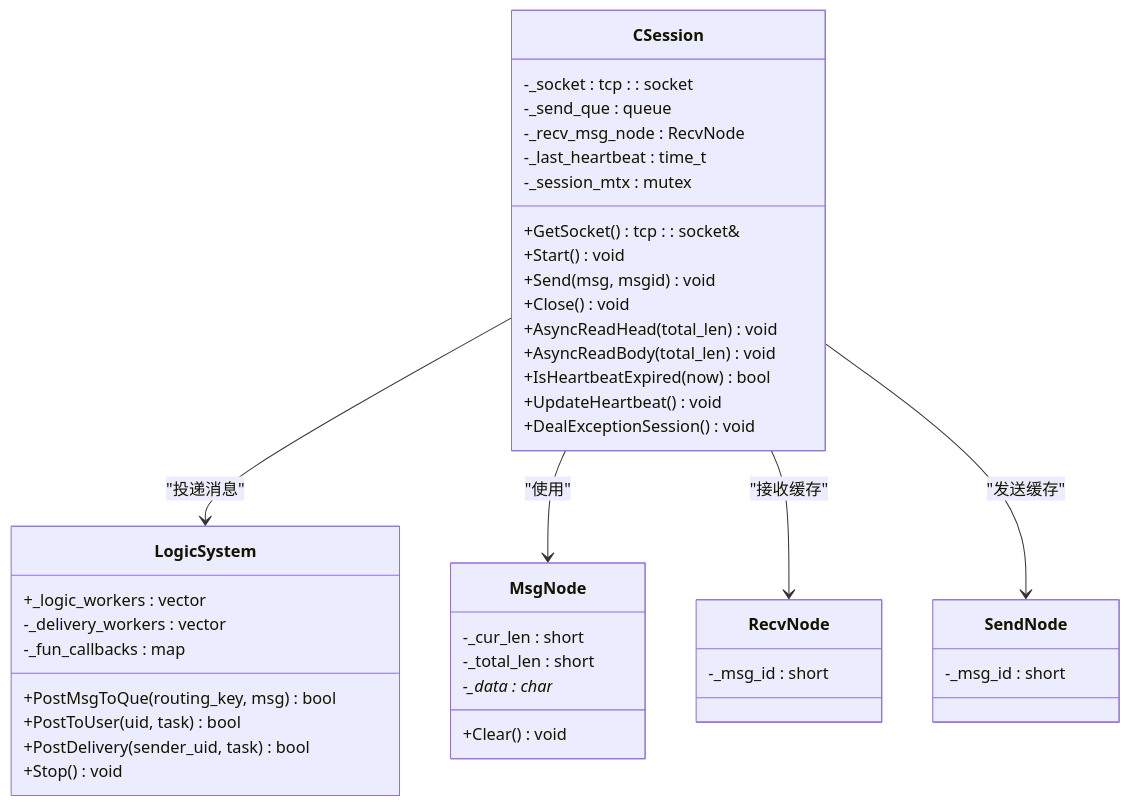
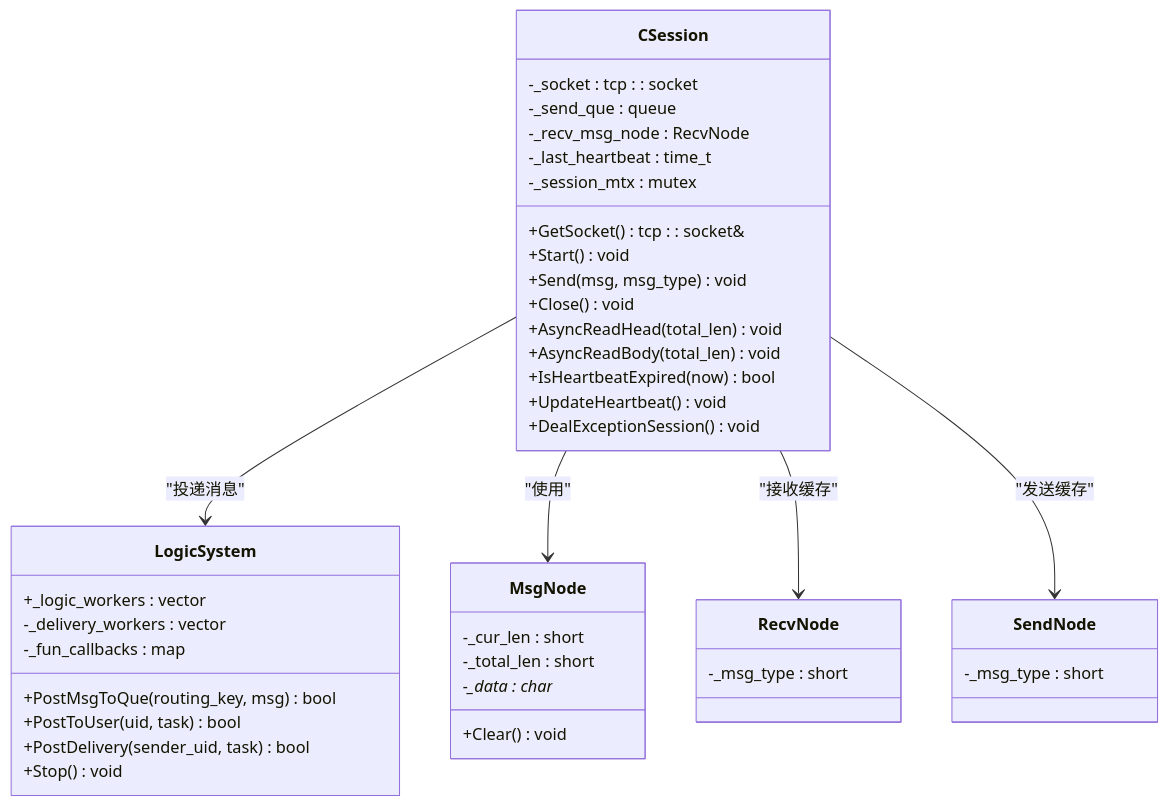
The fourth of 5 diagrams in .qoder/repowiki/zh/content/网络通信/TCP通信协议/TCP通信协议.md (echo9923/mychatter), drawn with Mermaid before and after one commit. The commit also changed other lines of this file and 128 other files, not shown here.

First line of the commit message:
refactor(protocol): TCP 帧头消息类型 msg_id 全局改名为 msg_type

````diff
--- a/.qoder/repowiki/zh/content/网络通信/TCP通信协议/TCP通信协议.md
+++ b/.qoder/repowiki/zh/content/网络通信/TCP通信协议/TCP通信协议.md
@@ -283,44 +283,44 @@
 ```mermaid
 classDiagram
 class CSession {
 +GetSocket() tcp : : socket&
 +Start() void
-+Send(msg, msgid) void
++Send(msg, msg_type) void
 +Close() void
 +AsyncReadHead(total_len) void
 +AsyncReadBody(total_len) void
 +IsHeartbeatExpired(now) bool
 +UpdateHeartbeat() void
 +DealExceptionSession() void
 -_socket : tcp : : socket
 -_send_que : queue<SendNode>
 -_recv_msg_node : RecvNode
 -_last_heartbeat : time_t
 -_session_mtx : mutex
 }
 class LogicSystem {
 +PostMsgToQue(routing_key, msg) bool
 +PostToUser(uid, task) bool
 +PostDelivery(sender_uid, task) bool
 +Stop() void
 +_logic_workers : vector<LogicWorker>
 -_delivery_workers : vector<LogicWorker>
 -_fun_callbacks : map<short, FunCallBack>
 }
 class MsgNode {
 +Clear() void
 -_cur_len : short
 -_total_len : short
 -_data : char*
 }
 class RecvNode {
--_msg_id : short
+-_msg_type : short
 }
 class SendNode {
--_msg_id : short
+-_msg_type : short
 }
 CSession --> LogicSystem : "投递消息"
 CSession --> MsgNode : "使用"
 CSession --> RecvNode : "接收缓存"
 CSession --> SendNode : "发送缓存"
 ```
````
